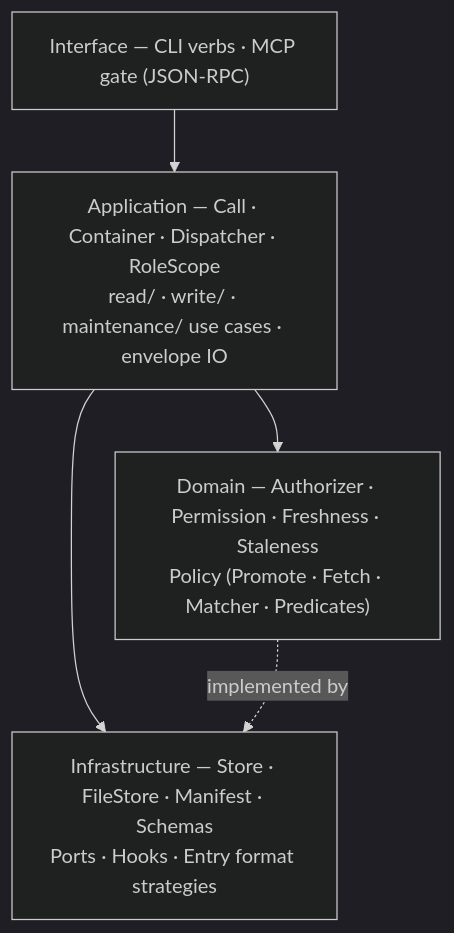
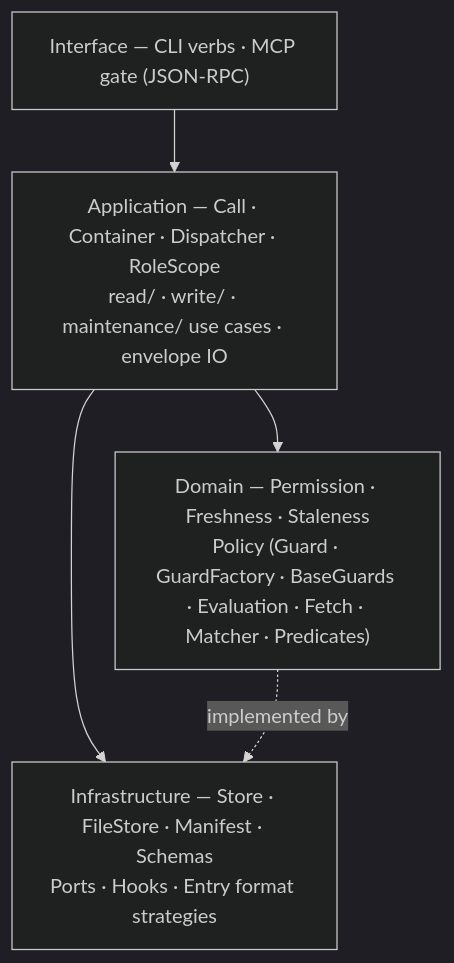
Before and after one commit to patrick204nqh/textus: the diagram in docs/architecture/README.md, drawn with Mermaid (dark theme). The commit also changed other lines of this file and 74 other files, not shown here.

First line of the commit message:
textus 0.32.0 — unified Guard engine (ADR 0031) + drop read_policy (ADR 0032) (#101)

````diff
--- a/docs/architecture/README.md
+++ b/docs/architecture/README.md
@@ -6,11 +6,11 @@
 ```mermaid
 flowchart TD
     interface["Interface — CLI verbs · MCP gate (JSON-RPC)"]
     application["Application — Call · Container · Dispatcher · RoleScope<br/>read/ · write/ · maintenance/ use cases · envelope IO"]
-    domain["Domain — Authorizer · Permission · Freshness · Staleness<br/>Policy (Promote · Fetch · Matcher · Predicates)"]
+    domain["Domain — Permission · Freshness · Staleness<br/>Policy (Guard · GuardFactory · BaseGuards · Evaluation · Fetch · Matcher · Predicates)"]
     infra["Infrastructure — Store · FileStore · Manifest · Schemas<br/>Ports · Hooks · Entry format strategies"]
     interface --> application
     application --> domain
     application --> infra
     domain -.->|implemented by| infra
 ```
````
